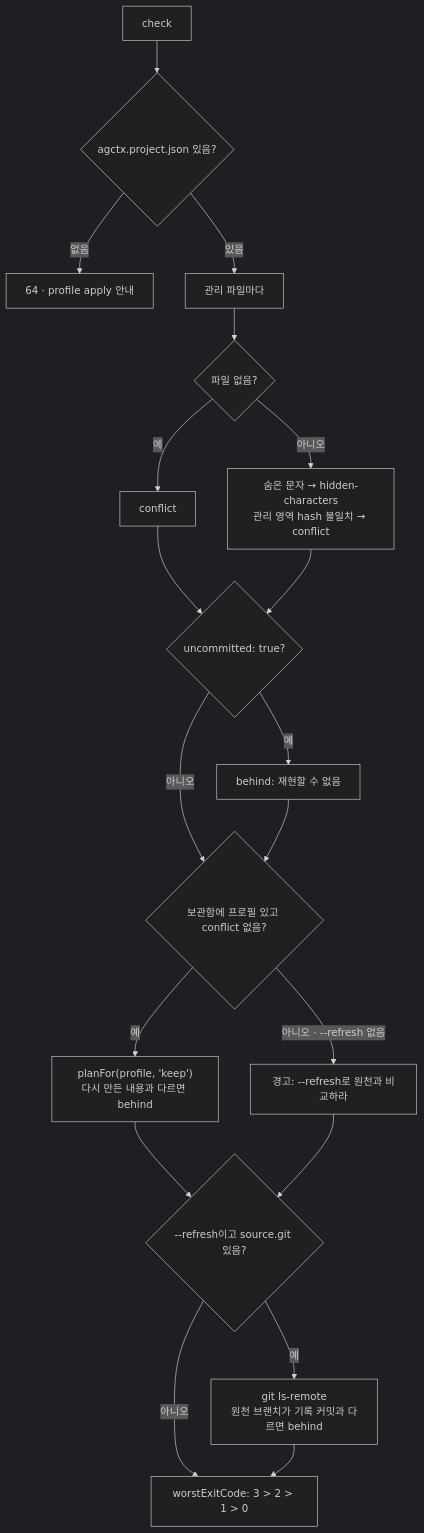
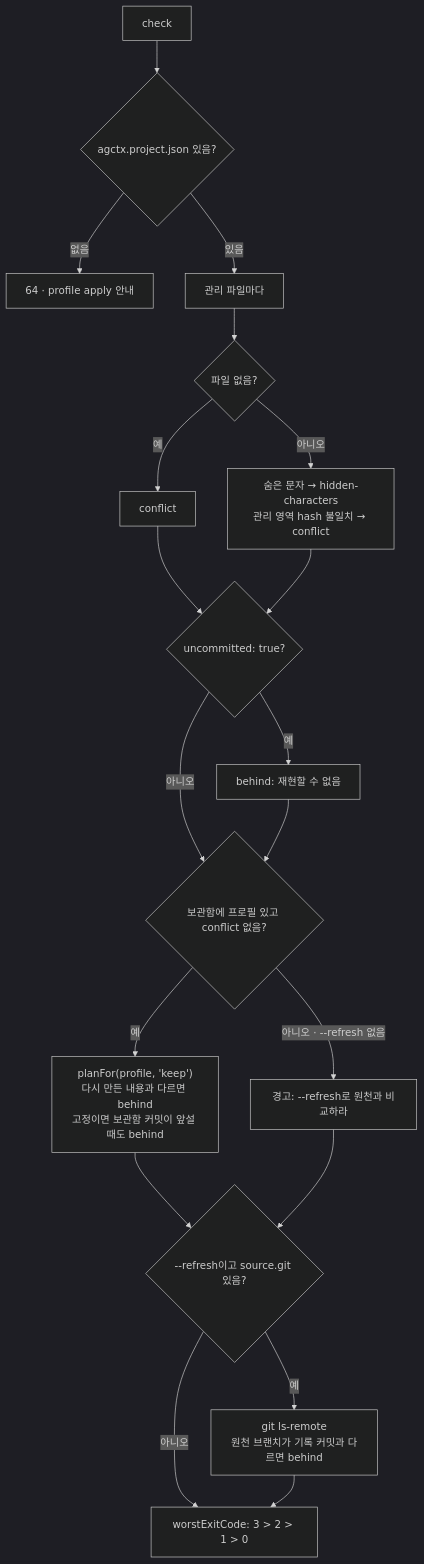
Before and after one commit to IsthisLee/agent-context-manager: diagram 11 of 13 in docs/architecture/implementation-mechanics.md, drawn with Mermaid (dark theme). The commit also changed other lines of this file and 34 other files, not shown here.

````diff
--- a/docs/architecture/implementation-mechanics.md
+++ b/docs/architecture/implementation-mechanics.md
@@ -609,21 +620,21 @@
 ```mermaid
 flowchart TD
   S["check <project>"] --> A{"agctx.project.json 있음?"}
   A -->|"없음"| E64["64 · profile apply 안내"]
   A -->|"있음"| F["관리 파일마다"]
   F --> MISS{"파일 없음?"}
   MISS -->|"예"| C1["conflict"]
   MISS -->|"아니오"| HID["숨은 문자 → hidden-characters<br/>관리 영역 hash 불일치 → conflict"]
   C1 --> U{"uncommitted: true?"}
   HID --> U
   U -->|"예"| B1["behind: 재현할 수 없음"]
   U -->|"아니오"| STORE
   B1 --> STORE{"보관함에 프로필 있고 conflict 없음?"}
-  STORE -->|"예"| PLAN["planFor(profile, 'keep')<br/>다시 만든 내용과 다르면 behind"]
+  STORE -->|"예"| PLAN["planFor(profile, 'keep')<br/>다시 만든 내용과 다르면 behind<br/>고정이면 보관함 커밋이 앞설 때도 behind"]
   STORE -->|"아니오 · --refresh 없음"| WARN["경고: --refresh로 원천과 비교하라"]
   PLAN --> REF{"--refresh이고 source.git 있음?"}
   WARN --> REF
   REF -->|"예"| LS["git ls-remote<br/>원천 브랜치가 기록 커밋과 다르면 behind"]
   REF -->|"아니오"| OUT["worstExitCode: 3 > 2 > 1 > 0"]
   LS --> OUT
 ```
````
